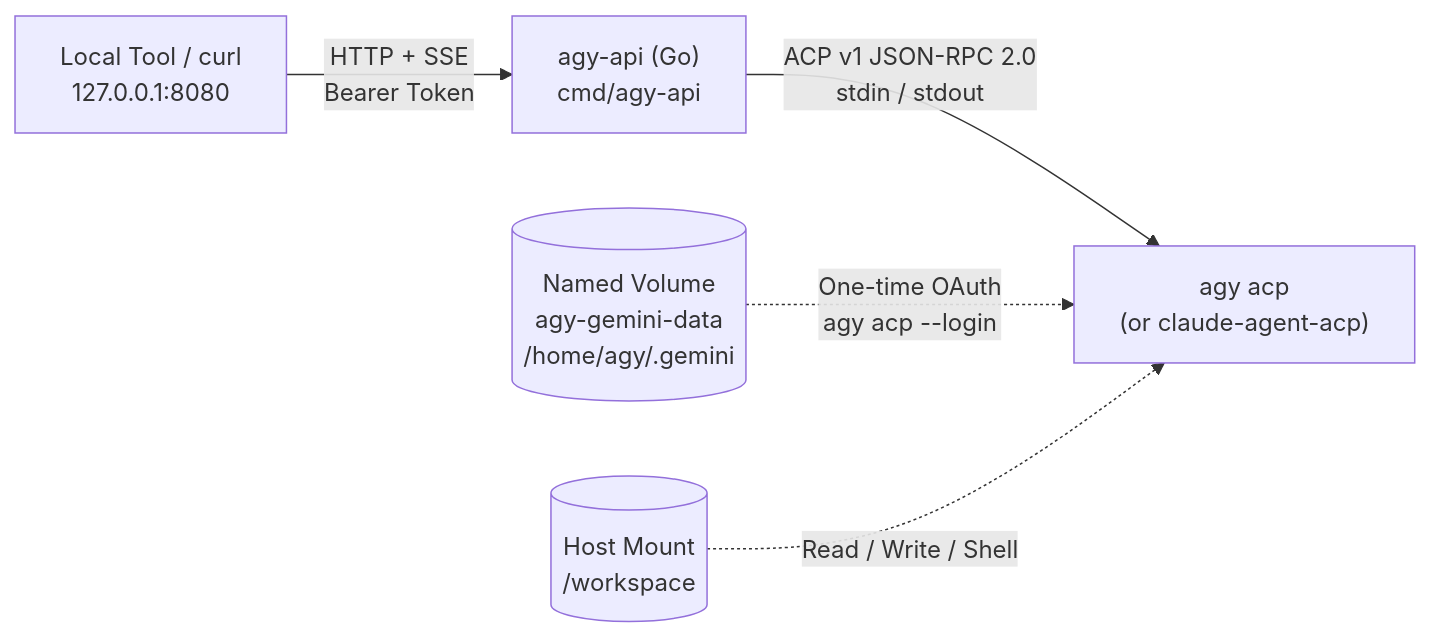
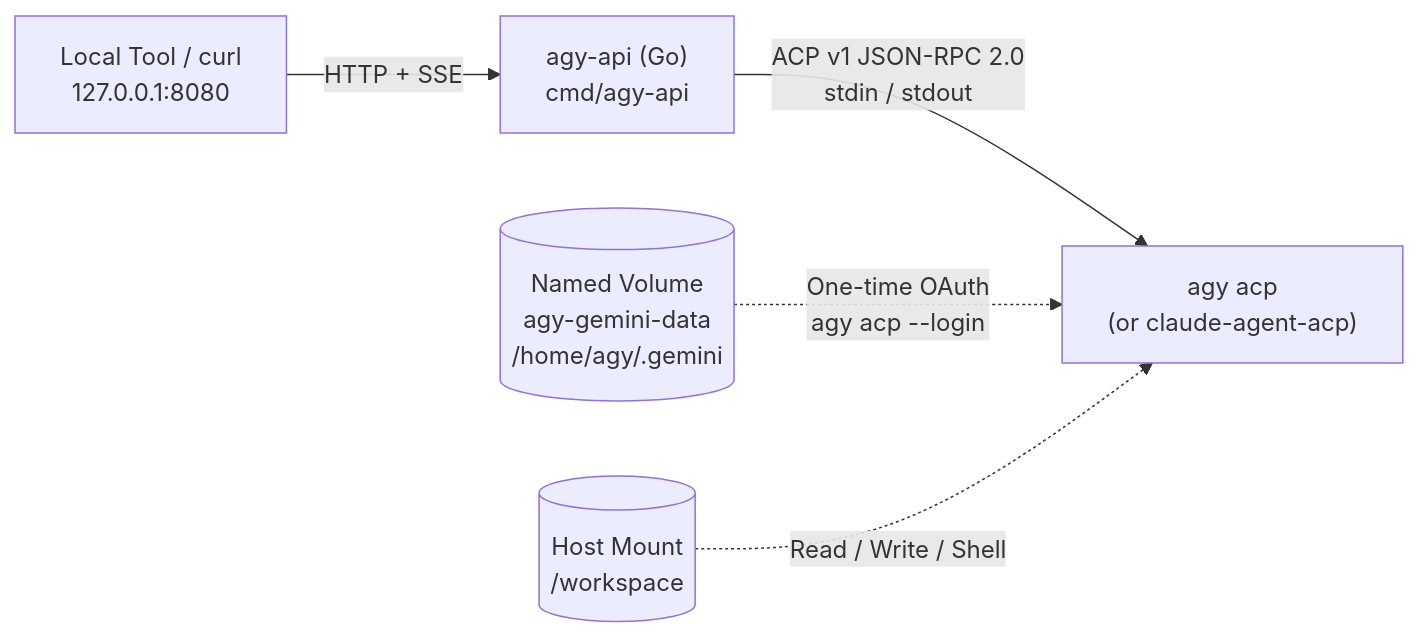
One commit to kesokaj/agyd changed the diagram in README.md. Above: the diagram before and after it, drawn with Mermaid. The commit also changed other lines of this file and 9 other files, not shown here.

Commit message:
fix: use CMD in Dockerfile and remove AGY_API_TOKEN check

````diff
--- a/README.md
+++ b/README.md
@@ -5,7 +5,7 @@
 ```mermaid
 flowchart LR
-  Client["Local Tool / curl\n127.0.0.1:8080"] -->|"HTTP + SSE\nBearer Token"| API["agy-api (Go)\ncmd/agy-api"]
+  Client["Local Tool / curl\n127.0.0.1:8080"] -->|"HTTP + SSE"| API["agy-api (Go)\ncmd/agy-api"]
   API -->|"ACP v1 JSON-RPC 2.0\nstdin / stdout"| ACP["agy acp\n(or claude-agent-acp)"]
   Creds[("Named Volume\nagy-gemini-data\n/home/agy/.gemini")] -.->|"One-time OAuth\nagy acp --login"| ACP
   WS[("Host Mount\n/workspace")] -.->|"Read / Write / Shell"| ACP
 ```
````
